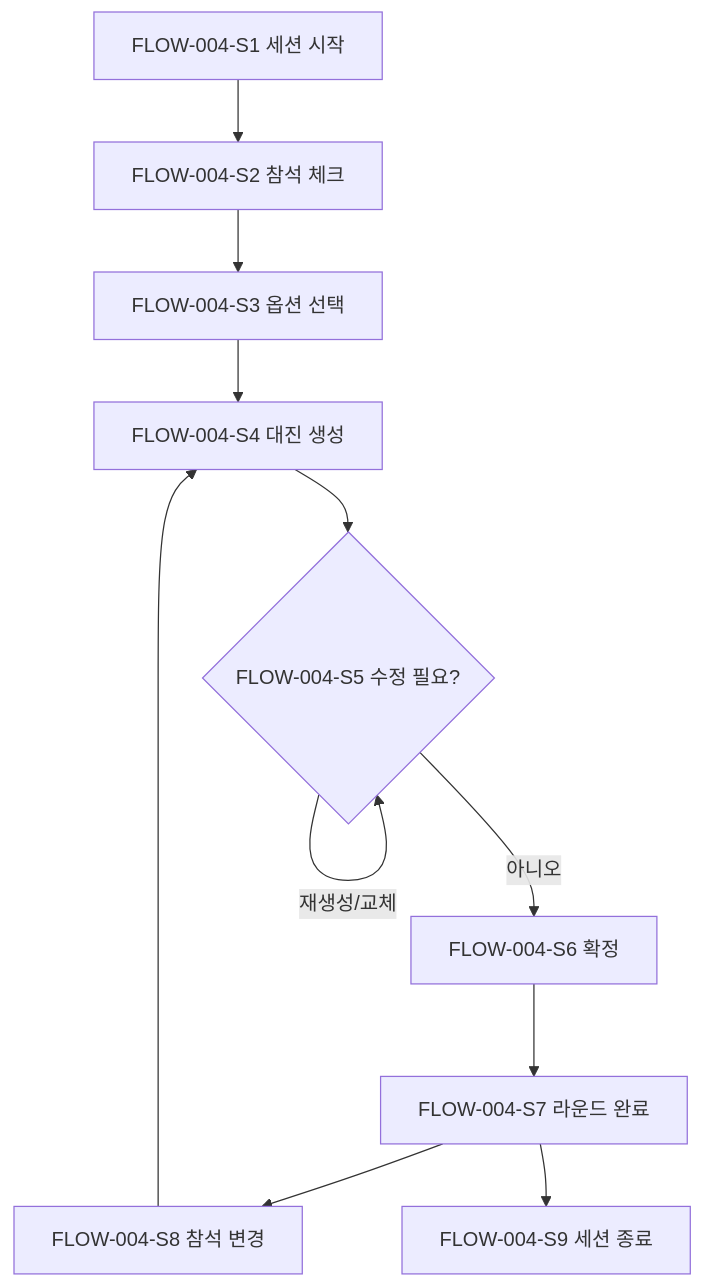
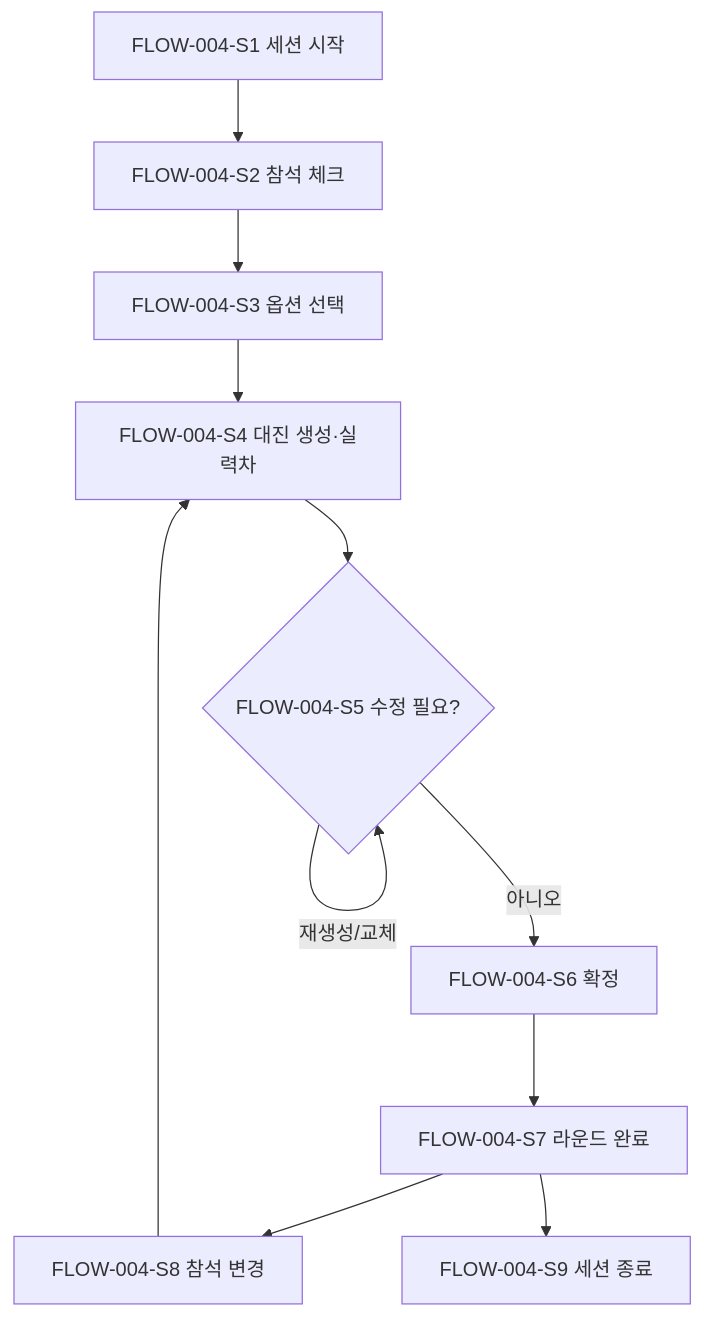
Before and after one commit to hoik-ryu/badminton-playbook: the fourth of 8 diagrams in docs/planning/04-user-flows.md, drawn with Mermaid. The commit also changed other lines of this file and 5 other files, not shown here.

````diff
--- a/docs/planning/04-user-flows.md
+++ b/docs/planning/04-user-flows.md
@@ -119,13 +124,13 @@
 ```mermaid
 flowchart TD
   S1[FLOW-004-S1 세션 시작] --> S2[FLOW-004-S2 참석 체크]
   S2 --> S3[FLOW-004-S3 옵션 선택]
-  S3 --> S4[FLOW-004-S4 대진 생성]
+  S3 --> S4[FLOW-004-S4 대진 생성·실력차]
   S4 --> S5{FLOW-004-S5 수정 필요?}
   S5 -- 재생성/교체 --> S5
   S5 -- 아니오 --> S6[FLOW-004-S6 확정]
   S6 --> S7[FLOW-004-S7 라운드 완료]
   S7 --> S8[FLOW-004-S8 참석 변경]
   S8 --> S4
   S7 --> S9[FLOW-004-S9 세션 종료]
 ```
````
